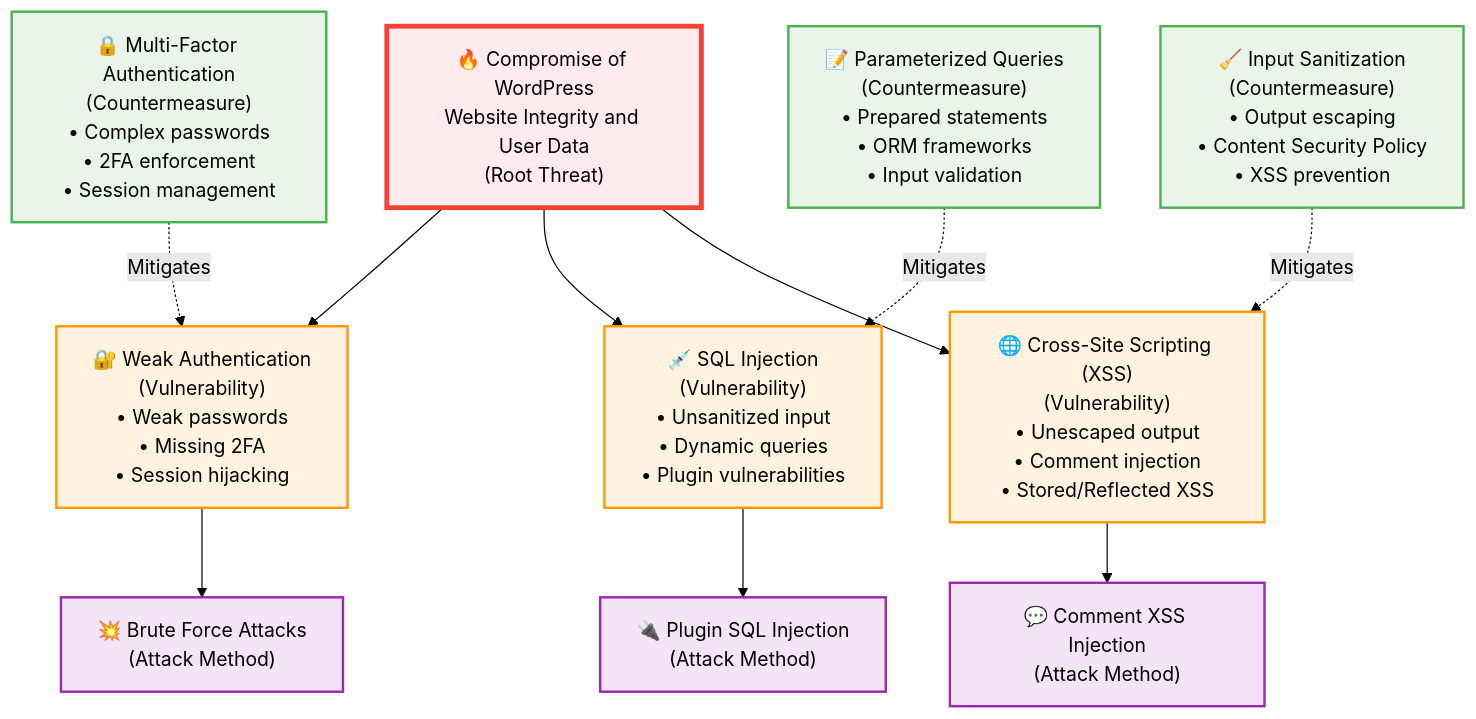
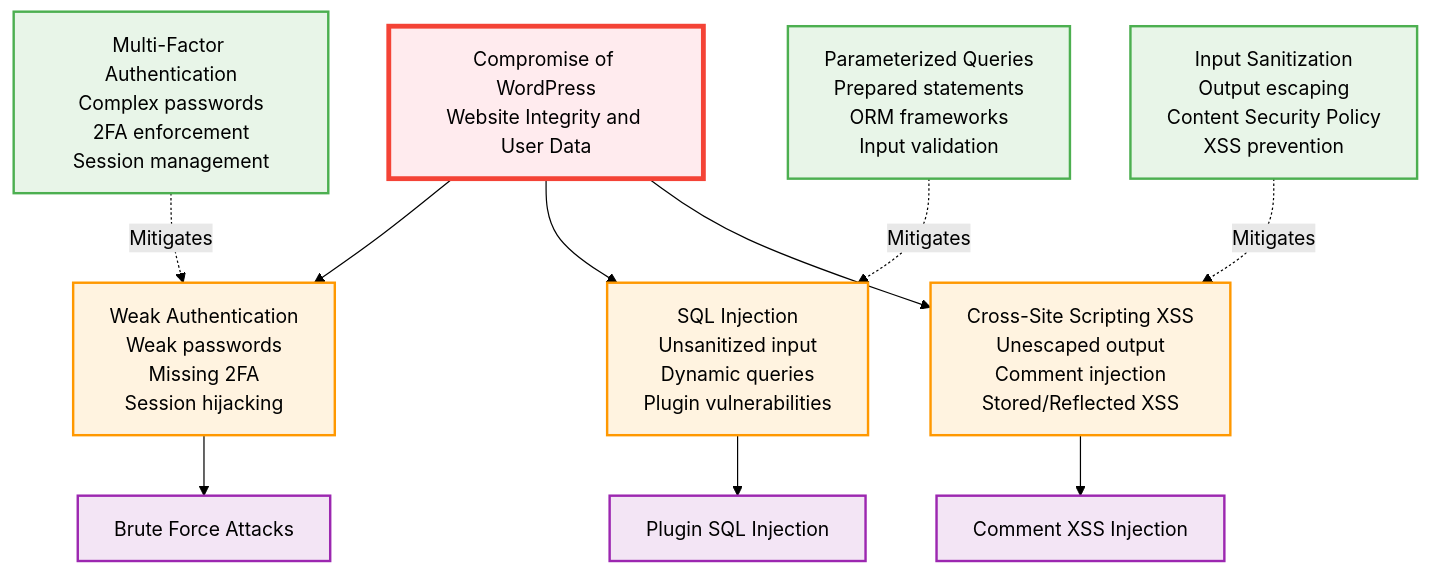
One commit to TRUPALIX9/study-reports changed the second of 3 diagrams in L04-Submission.md. Above: the diagram before and after it, drawn with Mermaid (forest theme). The commit also changed other lines of this file and 1 other file, not shown here.

First line of the commit message:
Restructured diagrams with proper flow direction and professional formatting

````diff
--- a/L04-Submission.md
+++ b/L04-Submission.md
@@ -144,46 +144,46 @@
 ```mermaid
 graph TD
-    %% Root Threat
-    Root["🔥 Compromise of WordPress<br/>Website Integrity and User Data<br/>(Root Threat)"]
+    %% Root Threat - Top Level
+    Root["Compromise of WordPress<br/>Website Integrity and User Data"]
     
-    %% Level 1 - Vulnerabilities (3 Required)
-    WeakAuth["🔐 Weak Authentication<br/>(Vulnerability)<br/>• Weak passwords<br/>• Missing 2FA<br/>• Session hijacking"]
-    SQLInj["💉 SQL Injection<br/>(Vulnerability)<br/>• Unsanitized input<br/>• Dynamic queries<br/>• Plugin vulnerabilities"]
-    XSS["🌐 Cross-Site Scripting (XSS)<br/>(Vulnerability)<br/>• Unescaped output<br/>• Comment injection<br/>• Stored/Reflected XSS"]
+    %% Level 1 - Vulnerabilities - Second Level
+    WeakAuth["Weak Authentication<br/>Weak passwords<br/>Missing 2FA<br/>Session hijacking"]
+    SQLInj["SQL Injection<br/>Unsanitized input<br/>Dynamic queries<br/>Plugin vulnerabilities"]
+    XSS["Cross-Site Scripting XSS<br/>Unescaped output<br/>Comment injection<br/>Stored/Reflected XSS"]
     
-    %% Level 2 - Specific Attack Methods
-    BruteForce["💥 Brute Force Attacks<br/>(Attack Method)"]
-    PluginSQLi["🔌 Plugin SQL Injection<br/>(Attack Method)"]
-    CommentXSS["💬 Comment XSS Injection<br/>(Attack Method)"]
+    %% Level 2 - Attack Methods - Third Level
+    BruteForce["Brute Force Attacks"]
+    PluginSQLi["Plugin SQL Injection"]
+    CommentXSS["Comment XSS Injection"]
     
-    %% Countermeasures (3 Required)
-    MFA["🔒 Multi-Factor Authentication<br/>(Countermeasure)<br/>• Complex passwords<br/>• 2FA enforcement<br/>• Session management"]
-    ParamQueries["📝 Parameterized Queries<br/>(Countermeasure)<br/>• Prepared statements<br/>• ORM frameworks<br/>• Input validation"]
-    InputSanit["🧹 Input Sanitization<br/>(Countermeasure)<br/>• Output escaping<br/>• Content Security Policy<br/>• XSS prevention"]
+    %% Countermeasures - Bottom Level
+    MFA["Multi-Factor Authentication<br/>Complex passwords<br/>2FA enforcement<br/>Session management"]
+    ParamQueries["Parameterized Queries<br/>Prepared statements<br/>ORM frameworks<br/>Input validation"]
+    InputSanit["Input Sanitization<br/>Output escaping<br/>Content Security Policy<br/>XSS prevention"]
     
-    %% Connections - Root to Vulnerabilities
+    %% Top to Bottom Flow - Root to Vulnerabilities
     Root --> WeakAuth
     Root --> SQLInj
     Root --> XSS
     
-    %% Connections - Vulnerabilities to Attack Methods
+    %% Top to Bottom Flow - Vulnerabilities to Attack Methods
     WeakAuth --> BruteForce
     SQLInj --> PluginSQLi
     XSS --> CommentXSS
     
-    %% Countermeasures mapped to vulnerabilities
+    %% Countermeasures mapped to vulnerabilities (dashed lines)
     MFA -.->|"Mitigates"| WeakAuth
     ParamQueries -.->|"Mitigates"| SQLInj
     InputSanit -.->|"Mitigates"| XSS
     
     %% Styling
     classDef root fill:#ffebee,stroke:#f44336,stroke-width:4px
     classDef vulnerability fill:#fff3e0,stroke:#ff9800,stroke-width:2px
     classDef attack fill:#f3e5f5,stroke:#9c27b0,stroke-width:2px
     classDef countermeasure fill:#e8f5e8,stroke:#4caf50,stroke-width:2px
     
     class Root root
     class WeakAuth,SQLInj,XSS vulnerability
     class BruteForce,PluginSQLi,CommentXSS attack
     class MFA,ParamQueries,InputSanit countermeasure
 ```
````
